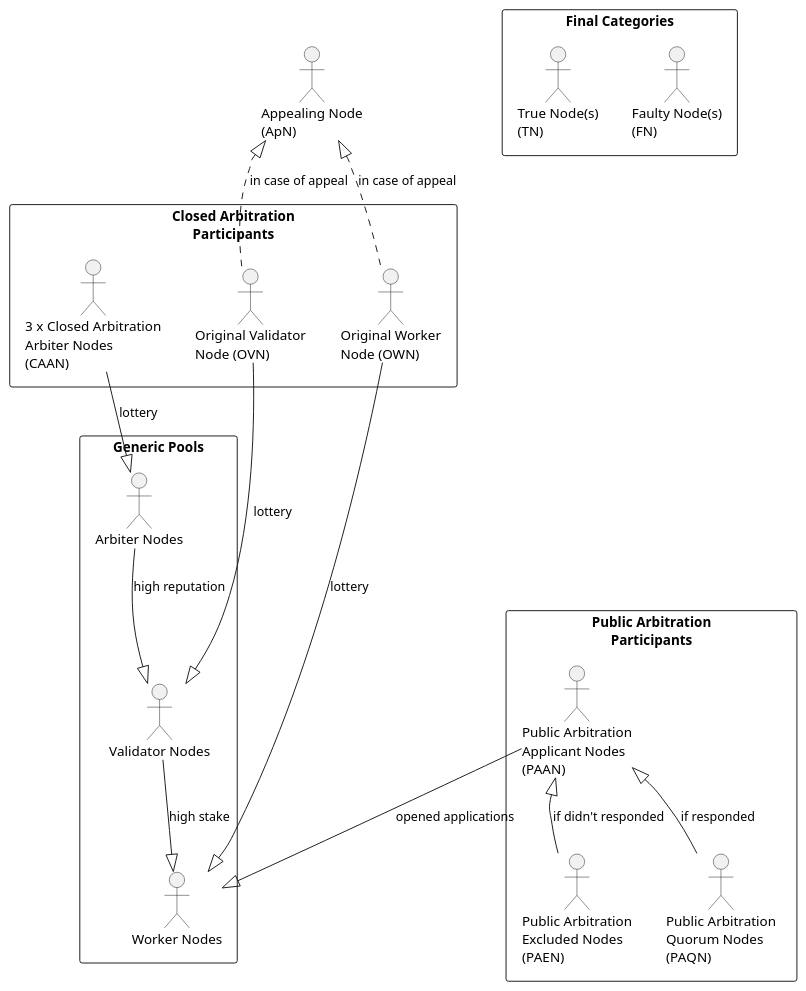
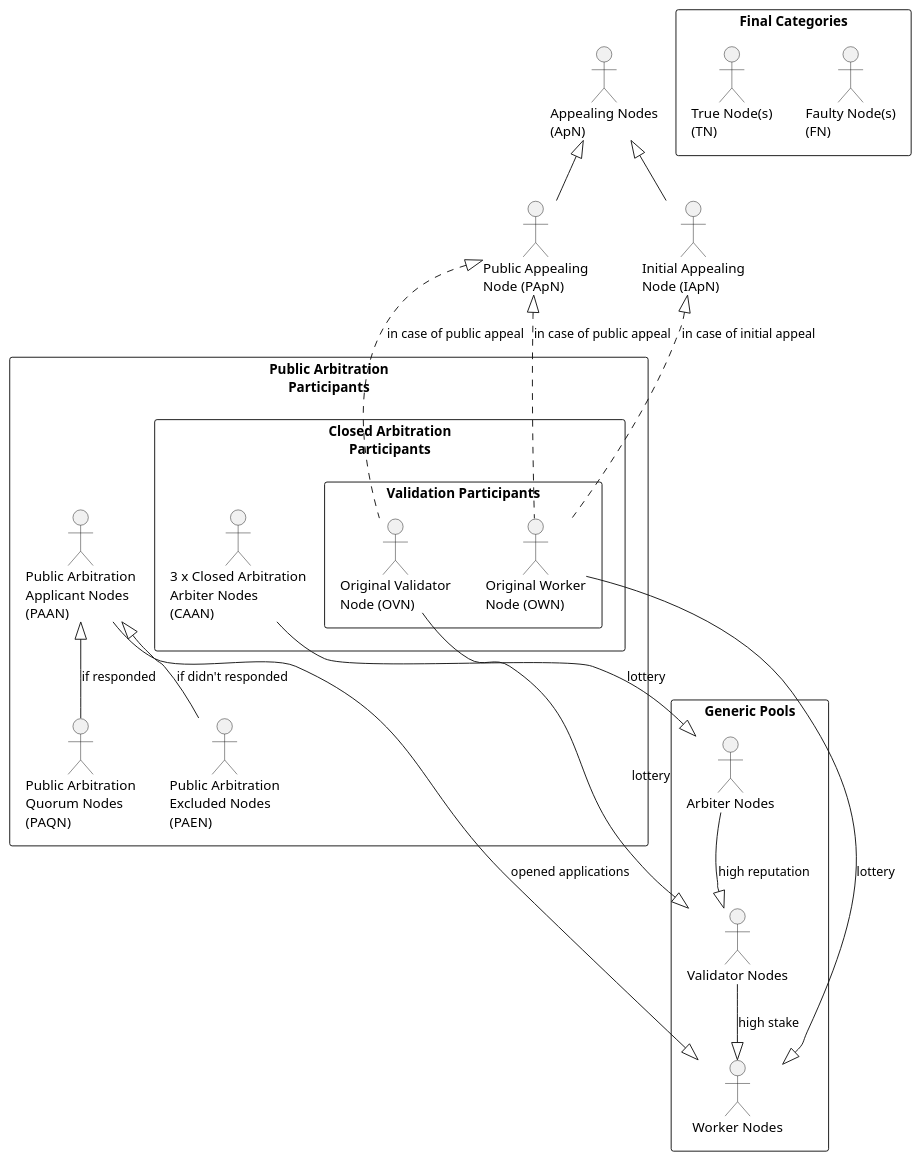
One commit to pandoraboxchain/pocw-techspecs changed the diagram in use_cases_cgnitive_arbitration_actors.plantuml. Above: the diagram before and after it, drawn with PlantUML.

```diff
--- a/use_cases_cgnitive_arbitration_actors.plantuml
+++ b/use_cases_cgnitive_arbitration_actors.plantuml
@@ -1,50 +1,56 @@
 @startuml
 rectangle "Generic Pools" {
   actor :Worker Nodes: as workers
   actor :Validator Nodes: as validators
   actor :Arbiter Nodes: as arbiters
 
   validators --|> workers: high stake
   arbiters --|> validators: high reputation
 }
 
-rectangle "Closed Arbitration\nParticipants" {
-  actor :Original Worker\nNode (OWN): as own
-  actor :Original Validator\nNode (OVN): as ovn
-  actor :3 x Closed Arbitration\nArbiter Nodes\n(CAAN): as caan
-}
-
-actor :Appealing Node\n(ApN): as apn
-
 rectangle "Public Arbitration\nParticipants" {
   actor :Public Arbitration\nApplicant Nodes\n(PAAN): as paan
   actor :Public Arbitration\nQuorum Nodes\n(PAQN): as paqn
   actor :Public Arbitration\nExcluded Nodes\n(PAEN): as paen
+  rectangle "Closed Arbitration\nParticipants" {
+    rectangle "Validation Participants" {
+      actor :Original Worker\nNode (OWN): as own
+      actor :Original Validator\nNode (OVN): as ovn
+    }
+    actor :3 x Closed Arbitration\nArbiter Nodes\n(CAAN): as caan
+  }
 }
+
+actor :Appealing Nodes\n(ApN): as apn
+actor :Initial Appealing\nNode (IApN): as iapn
+actor :Public Appealing\nNode (PApN): as papn
+apn <|-- iapn
+apn <|-- papn
 
 rectangle "Final Categories" {
   actor :Faulty Node(s)\n(FN): as fn
   actor :True Node(s)\n(TN): as tn
 }
 
 own --|> workers: lottery
 ovn --|> validators: lottery
 caan --|> arbiters: lottery
 paan --|> workers: opened applications
 
 paan <|-- paqn: if responded
 paan <|-- paen: if didn't responded
 
-apn <|.. own: in case of appeal
-apn <|.. ovn: in case of appeal
+iapn <|.. own: in case of initial appeal
+papn <|.. own: in case of public appeal
+papn <|.. ovn: in case of public appeal
 
 'fn <|.. own
 'fn <|.. ovn
 'fn <|.. caan
 'fn <|.. paqn: <25%
 
 'tn <|.. own
 'tn <|.. ovn
 'tn <|.. caan
 'tn <|.. paqn: >75%
 @enduml
```
